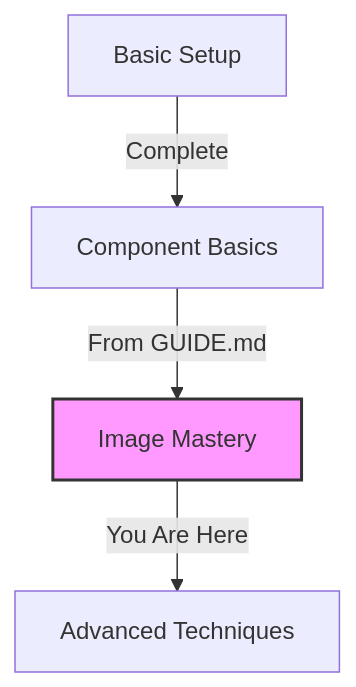
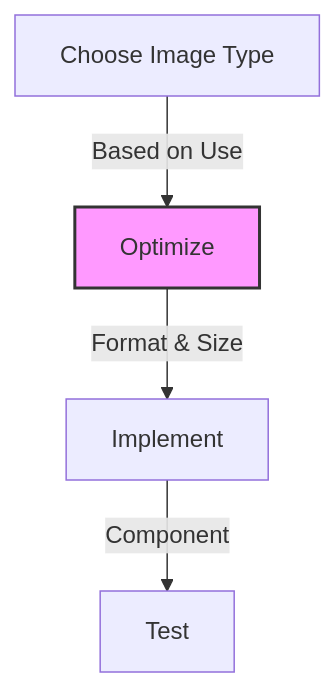
One commit to valentelligent/valYOU_landing_page changed the diagram in client/src/components/IMAGES_GUIDE.md. Above: the diagram before and after it, drawn with Mermaid. The commit also changed other lines of this file and 2 other files, not shown here.

Commit message:
Agent step completed: Create cohesive documentation flow across README.md, GUIDE.md, and IMAGES_GUIDE.md

````diff
--- a/client/src/components/IMAGES_GUIDE.md
+++ b/client/src/components/IMAGES_GUIDE.md
@@ -7,8 +11,8 @@
 ```mermaid
 graph TD
-    A[Basic Setup] -->|Complete| B[Component Basics]
-    B -->|From GUIDE.md| C[Image Mastery]
-    C -->|You Are Here| D[Advanced Techniques]
+    A[Choose Image Type] -->|Based on Use| B[Optimize]
+    B -->|Format & Size| C[Implement]
+    C -->|Component| D[Test]
     
-    style C fill:#f9f,stroke:#333,stroke-width:2px
+    style B fill:#f9f,stroke:#333,stroke-width:2px
 ```
````
